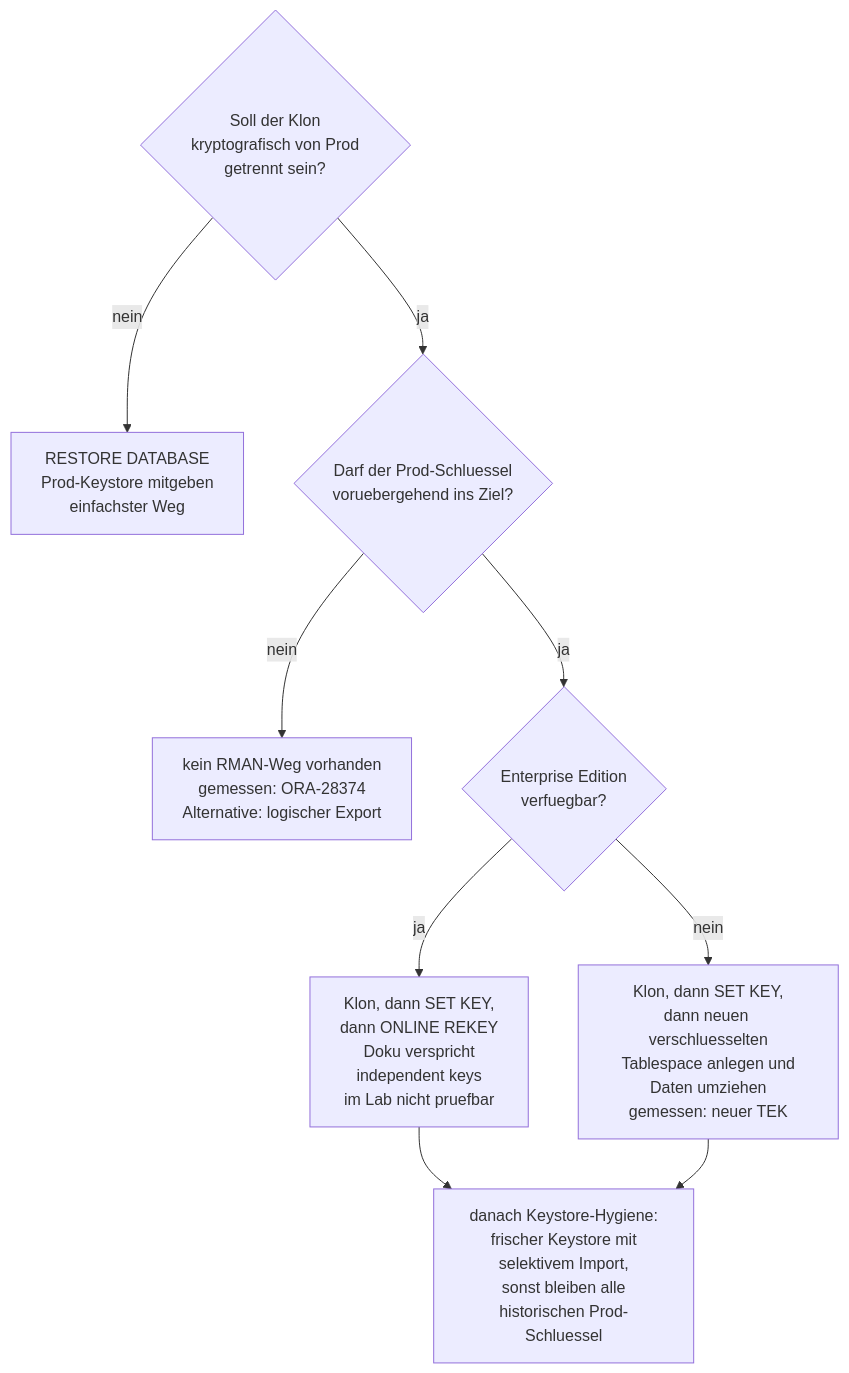
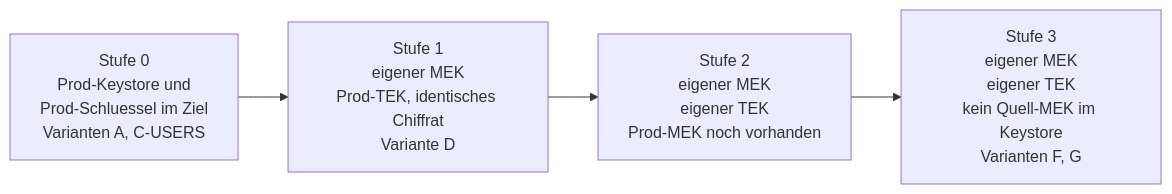
The eighth of 8 diagrams in doc/tde-key-architecture.md (oehrlis/oracle-free-labs), drawn with Mermaid before and after one commit. The commit also changed other lines of this file and 1 other file, not shown here.

First line of the commit message:
docs(tde): rewrite key architecture doc with measured dependency model

````diff
--- a/doc/tde-key-architecture.md
+++ b/doc/tde-key-architecture.md
@@ -220,12 +329,11 @@
 ```mermaid
-flowchart TB
-    Q1{"Soll der Klon<br/>kryptografisch von Prod<br/>getrennt sein?"}
-    Q1 -->|nein| A1["RESTORE DATABASE<br/>Prod-Keystore mitgeben<br/>einfachster Weg"]
-    Q1 -->|ja| Q2{"Darf der Prod-Schluessel<br/>voruebergehend ins Ziel?"}
-    Q2 -->|nein| X["kein RMAN-Weg vorhanden<br/>gemessen: ORA-28374<br/>Alternative: logischer Export"]
-    Q2 -->|ja| Q3{"Enterprise Edition<br/>verfuegbar?"}
-    Q3 -->|ja| R1["Klon, dann SET KEY,<br/>dann ONLINE REKEY<br/>Doku verspricht<br/>independent keys<br/>im Lab nicht pruefbar"]
-    Q3 -->|nein| R2["Klon, dann SET KEY,<br/>dann neuen verschluesselten<br/>Tablespace anlegen und<br/>Daten umziehen<br/>gemessen: neuer TEK"]
-    R1 --> CLEAN["danach Keystore-Hygiene:<br/>frischer Keystore mit<br/>selektivem Import,<br/>sonst bleiben alle<br/>historischen Prod-Schluessel"]
-    R2 --> CLEAN
+flowchart LR
+    S0["Stufe 0<br/>Prod-Keystore und<br/>Prod-Schluessel im Ziel<br/>Varianten A, C-USERS"]
+    S1["Stufe 1<br/>eigener MEK<br/>Prod-TEK, identisches Chiffrat<br/>Variante D"]
+    S2["Stufe 2<br/>eigener MEK<br/>eigener TEK<br/>Prod-MEK noch vorhanden"]
+    S3["Stufe 3<br/>eigener MEK<br/>eigener TEK<br/>kein Quell-MEK im Keystore<br/>Varianten F, G"]
+
+    S0 --> S1
+    S1 --> S2
+    S2 --> S3
 ```
````
